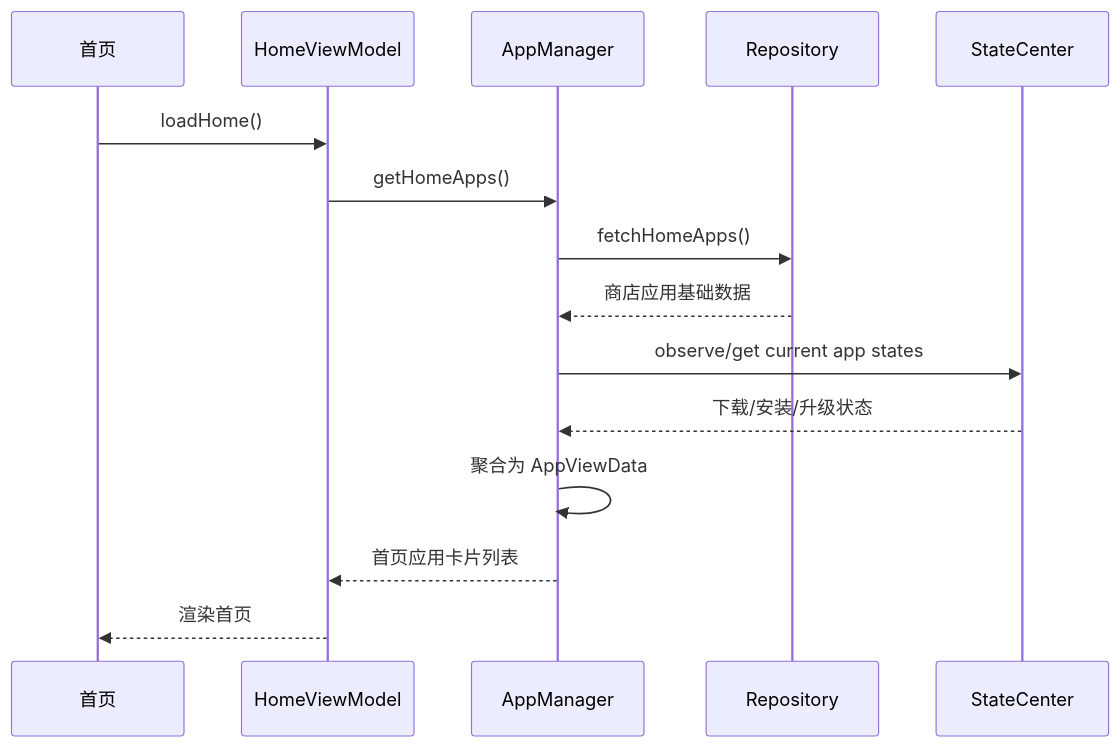
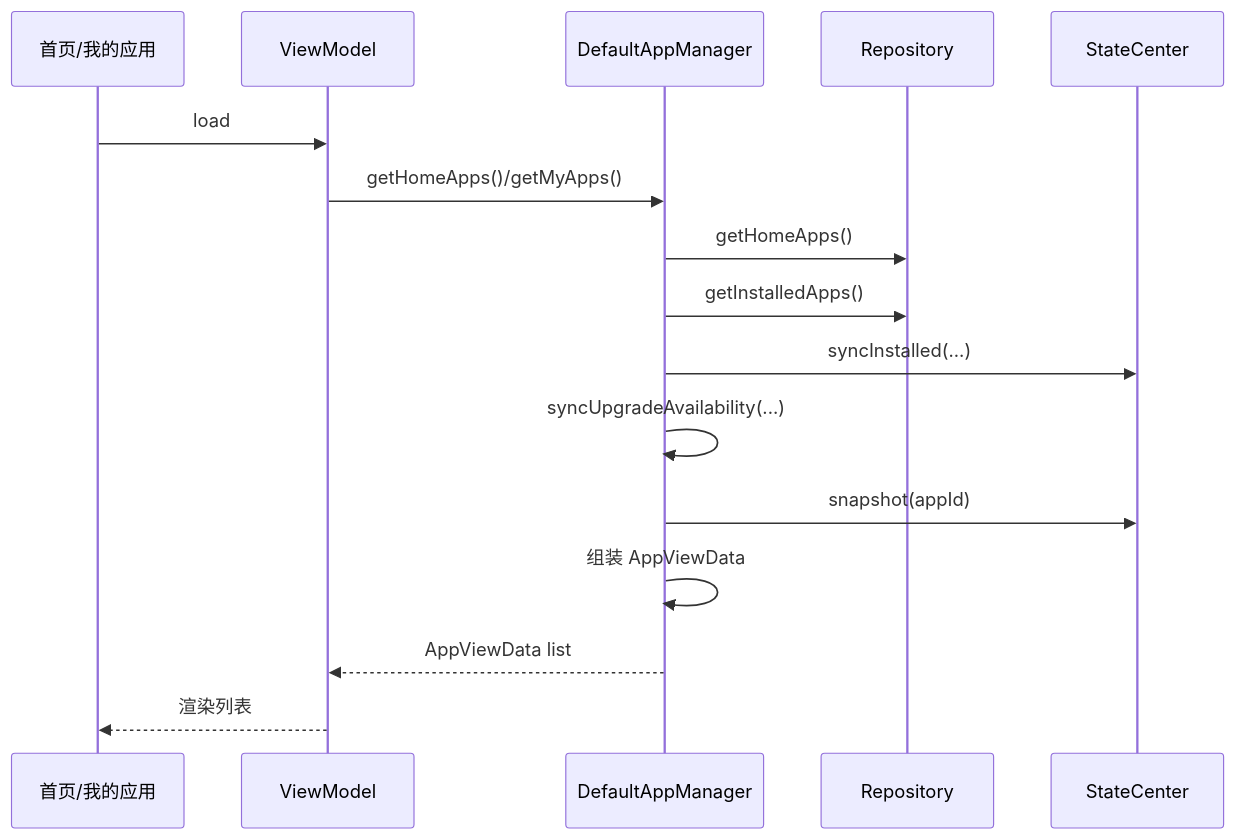
One commit to XZQ/CarAppStore changed the third of 4 diagrams in docs/14-应用管理模块架构与流程.md. Above: the diagram before and after it, drawn with Mermaid. The commit also changed other lines of this file and 35 other files, not shown here.

Commit message:
Docs: reorganize architecture docs and handoff guide

````diff
--- a/docs/14-应用管理模块架构与流程.md
+++ b/docs/14-应用管理模块架构与流程.md
@@ -99,21 +114,20 @@
 ```mermaid
 sequenceDiagram
-participant UI as 首页
-participant VM as HomeViewModel
-participant AM as AppManager
+participant UI as 首页/我的应用
+participant VM as ViewModel
+participant AM as DefaultAppManager
 participant REPO as Repository
 participant SC as StateCenter
 
-UI->>VM: loadHome()
-VM->>AM: getHomeApps()
+UI->>VM: load
+VM->>AM: getHomeApps()/getMyApps()
 
-AM->>REPO: fetchHomeApps()
-REPO-->>AM: 商店应用基础数据
-
-AM->>SC: observe/get current app states
-SC-->>AM: 下载/安装/升级状态
-
-AM->>AM: 聚合为 AppViewData
-AM-->>VM: 首页应用卡片列表
-VM-->>UI: 渲染首页
+AM->>REPO: getHomeApps()
+AM->>REPO: getInstalledApps()
+AM->>SC: syncInstalled(...)
+AM->>AM: syncUpgradeAvailability(...)
+AM->>SC: snapshot(appId)
+AM->>AM: 组装 AppViewData
+AM-->>VM: AppViewData list
+VM-->>UI: 渲染列表
 ```
````
